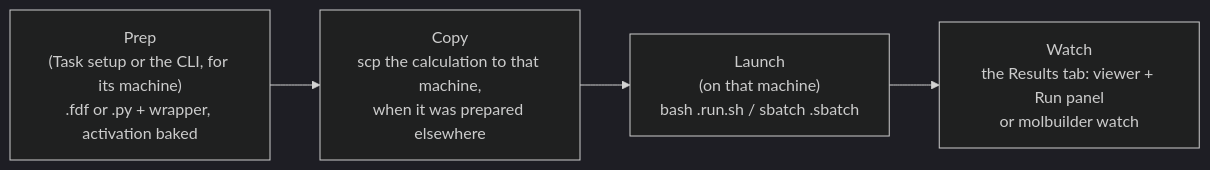
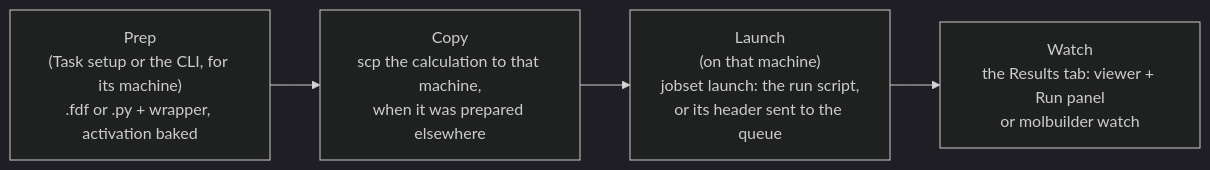
The first of 6 diagrams in docs/execution/running-a-job.md (Qing-LAB/molbuilder), drawn with Mermaid (dark theme) before and after one commit. The commit also changed other lines of this file and 47 other files, not shown here.

First line of the commit message:
2.61.0: a run's end known wherever it runs; older runs read again; only jobset launch starts a run

````diff
--- a/docs/execution/running-a-job.md
+++ b/docs/execution/running-a-job.md
@@ -30,8 +30,8 @@
 ```mermaid
 flowchart LR
     P["Prep<br/>(Task setup or the CLI, for its machine)<br/>.fdf or .py + wrapper, activation baked"]
     C["Copy<br/>scp the calculation to that machine,<br/>when it was prepared elsewhere"]
-    R["Launch<br/>(on that machine)<br/>bash .run.sh / sbatch .sbatch"]
+    R["Launch<br/>(on that machine)<br/>jobset launch: the run script,<br/>or its header sent to the queue"]
     W["Watch<br/>the Results tab: viewer + Run panel<br/>or molbuilder watch"]
     P --> C --> R --> W
 ```
````
